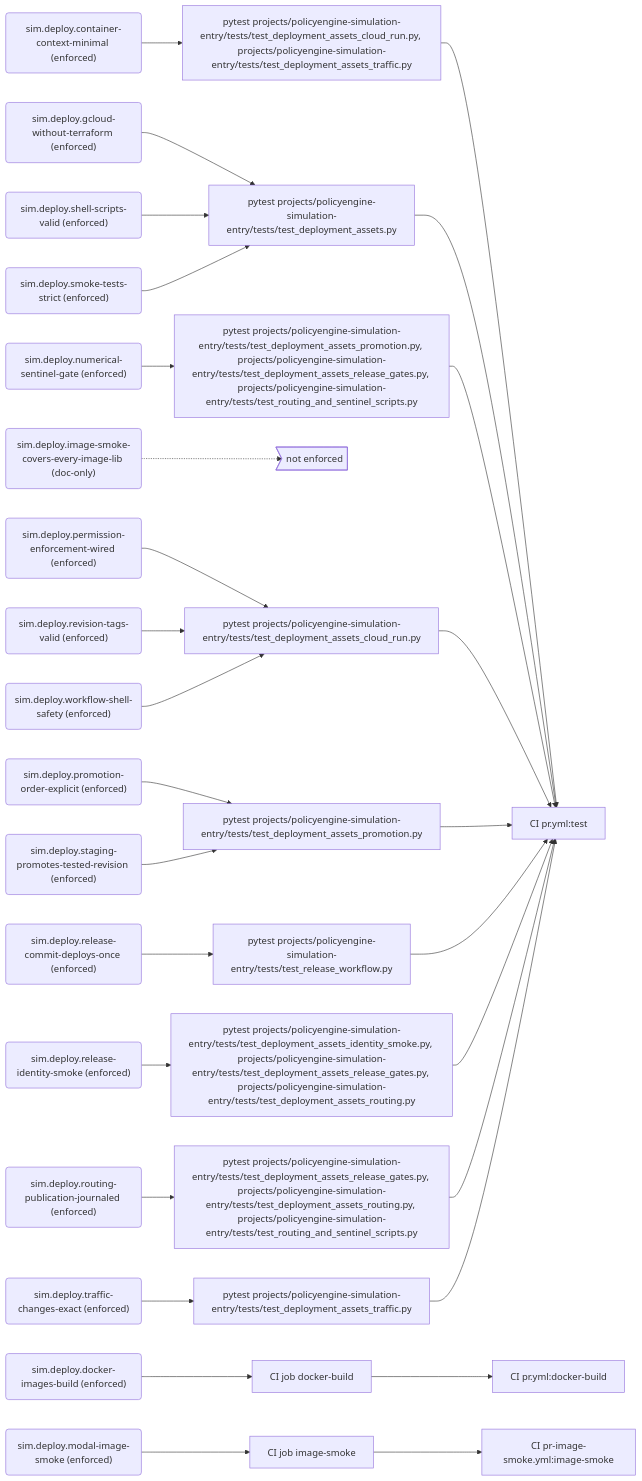
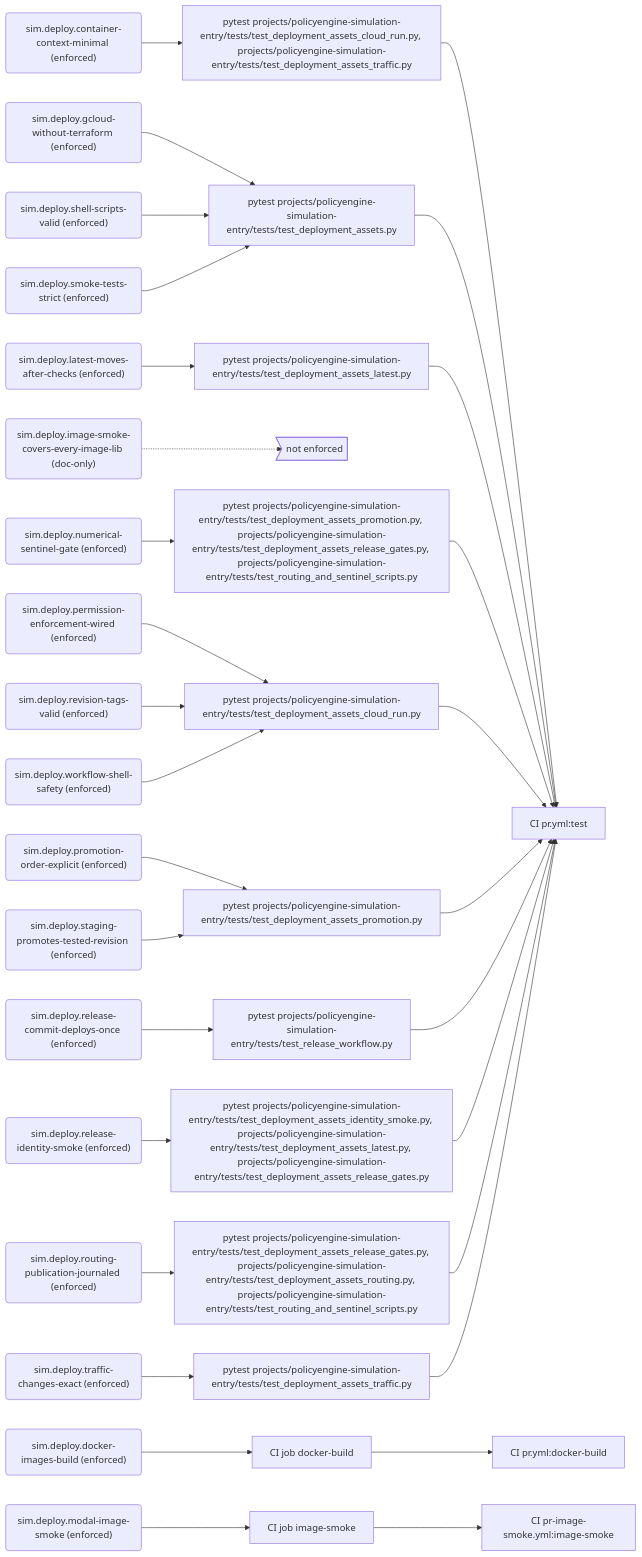
The third of 10 diagrams in docs/generated/rules.md (PolicyEngine/policyengine-sim-api), drawn with Mermaid before and after one commit. The commit also changed other lines of this file and 29 other files, not shown here.

First line of the commit message:
Publish a release's routes before its checks and move latest after them

````diff
--- a/docs/generated/rules.md
+++ b/docs/generated/rules.md
@@ -162,63 +164,67 @@
 ```mermaid
 flowchart LR
   r_sim_deploy_container_context_minimal("sim.deploy.container-context-minimal (enforced)")
   e_pytest_projects_policyengine_simulation_entry_tests_test_deployment_assets_cloud_run_py__projects_policyengine_simulation_entry_tests_test_deployment_assets_traffic_py["pytest projects/policyengine-simulation-entry/tests/test_deployment_assets_cloud_run.py, projects/policyengine-simulation-entry/tests/test_deployment_assets_traffic.py"]
   j_CI_pr_yml_test["CI pr.yml:test"]
   r_sim_deploy_docker_images_build("sim.deploy.docker-images-build (enforced)")
   e_CI_job_docker_build["CI job docker-build"]
   j_CI_pr_yml_docker_build["CI pr.yml:docker-build"]
   r_sim_deploy_gcloud_without_terraform("sim.deploy.gcloud-without-terraform (enforced)")
   e_pytest_projects_policyengine_simulation_entry_tests_test_deployment_assets_py["pytest projects/policyengine-simulation-entry/tests/test_deployment_assets.py"]
   r_sim_deploy_image_smoke_covers_every_image_lib("sim.deploy.image-smoke-covers-every-image-lib (doc-only)")
   gap_unenforced>"not enforced"]
+  r_sim_deploy_latest_moves_after_checks("sim.deploy.latest-moves-after-checks (enforced)")
+  e_pytest_projects_policyengine_simulation_entry_tests_test_deployment_assets_latest_py["pytest projects/policyengine-simulation-entry/tests/test_deployment_assets_latest.py"]
   r_sim_deploy_modal_image_smoke("sim.deploy.modal-image-smoke (enforced)")
   e_CI_job_image_smoke["CI job image-smoke"]
   j_CI_pr_image_smoke_yml_image_smoke["CI pr-image-smoke.yml:image-smoke"]
   r_sim_deploy_numerical_sentinel_gate("sim.deploy.numerical-sentinel-gate (enforced)")
   e_pytest_projects_policyengine_simulation_entry_tests_test_deployment_assets_promotion_py__projects_policyengine_simulation_entry_tests_test_deployment_assets_release_gates_py__projects_policyengine_simulation_entry_tests_test_routing_and_sentinel_scripts_py["pytest projects/policyengine-simulation-entry/tests/test_deployment_assets_promotion.py, projects/policyengine-simulation-entry/tests/test_deployment_assets_release_gates.py, projects/policyengine-simulation-entry/tests/test_routing_and_sentinel_scripts.py"]
   r_sim_deploy_permission_enforcement_wired("sim.deploy.permission-enforcement-wired (enforced)")
   e_pytest_projects_policyengine_simulation_entry_tests_test_deployment_assets_cloud_run_py["pytest projects/policyengine-simulation-entry/tests/test_deployment_assets_cloud_run.py"]
   r_sim_deploy_promotion_order_explicit("sim.deploy.promotion-order-explicit (enforced)")
   e_pytest_projects_policyengine_simulation_entry_tests_test_deployment_assets_promotion_py["pytest projects/policyengine-simulation-entry/tests/test_deployment_assets_promotion.py"]
   r_sim_deploy_release_commit_deploys_once("sim.deploy.release-commit-deploys-once (enforced)")
   e_pytest_projects_policyengine_simulation_entry_tests_test_release_workflow_py["pytest projects/policyengine-simulation-entry/tests/test_release_workflow.py"]
   r_sim_deploy_release_identity_smoke("sim.deploy.release-identity-smoke (enforced)")
-  e_pytest_projects_policyengine_simulation_entry_tests_test_deployment_assets_identity_smoke_py__projects_policyengine_simulation_entry_tests_test_deployment_assets_release_gates_py__projects_policyengine_simulation_entry_tests_test_deployment_assets_routing_py["pytest projects/policyengine-simulation-entry/tests/test_deployment_assets_identity_smoke.py, projects/policyengine-simulation-entry/tests/test_deployment_assets_release_gates.py, projects/policyengine-simulation-entry/tests/test_deployment_assets_routing.py"]
+  e_pytest_projects_policyengine_simulation_entry_tests_test_deployment_assets_identity_smoke_py__projects_policyengine_simulation_entry_tests_test_deployment_assets_latest_py__projects_policyengine_simulation_entry_tests_test_deployment_assets_release_gates_py["pytest projects/policyengine-simulation-entry/tests/test_deployment_assets_identity_smoke.py, projects/policyengine-simulation-entry/tests/test_deployment_assets_latest.py, projects/policyengine-simulation-entry/tests/test_deployment_assets_release_gates.py"]
   r_sim_deploy_revision_tags_valid("sim.deploy.revision-tags-valid (enforced)")
   r_sim_deploy_routing_publication_journaled("sim.deploy.routing-publication-journaled (enforced)")
   e_pytest_projects_policyengine_simulation_entry_tests_test_deployment_assets_release_gates_py__projects_policyengine_simulation_entry_tests_test_deployment_assets_routing_py__projects_policyengine_simulation_entry_tests_test_routing_and_sentinel_scripts_py["pytest projects/policyengine-simulation-entry/tests/test_deployment_assets_release_gates.py, projects/policyengine-simulation-entry/tests/test_deployment_assets_routing.py, projects/policyengine-simulation-entry/tests/test_routing_and_sentinel_scripts.py"]
   r_sim_deploy_shell_scripts_valid("sim.deploy.shell-scripts-valid (enforced)")
   r_sim_deploy_smoke_tests_strict("sim.deploy.smoke-tests-strict (enforced)")
   r_sim_deploy_staging_promotes_tested_revision("sim.deploy.staging-promotes-tested-revision (enforced)")
   r_sim_deploy_traffic_changes_exact("sim.deploy.traffic-changes-exact (enforced)")
   e_pytest_projects_policyengine_simulation_entry_tests_test_deployment_assets_traffic_py["pytest projects/policyengine-simulation-entry/tests/test_deployment_assets_traffic.py"]
   r_sim_deploy_workflow_shell_safety("sim.deploy.workflow-shell-safety (enforced)")
   r_sim_deploy_container_context_minimal --> e_pytest_projects_policyengine_simulation_entry_tests_test_deployment_assets_cloud_run_py__projects_policyengine_simulation_entry_tests_test_deployment_assets_traffic_py
   e_pytest_projects_policyengine_simulation_entry_tests_test_deployment_assets_cloud_run_py__projects_policyengine_simulation_entry_tests_test_deployment_assets_traffic_py --> j_CI_pr_yml_test
   r_sim_deploy_docker_images_build --> e_CI_job_docker_build
   e_CI_job_docker_build --> j_CI_pr_yml_docker_build
   r_sim_deploy_gcloud_without_terraform --> e_pytest_projects_policyengine_simulation_entry_tests_test_deployment_assets_py
   e_pytest_projects_policyengine_simulation_entry_tests_test_deployment_assets_py --> j_CI_pr_yml_test
   r_sim_deploy_image_smoke_covers_every_image_lib -.-> gap_unenforced
+  r_sim_deploy_latest_moves_after_checks --> e_pytest_projects_policyengine_simulation_entry_tests_test_deployment_assets_latest_py
+  e_pytest_projects_policyengine_simulation_entry_tests_test_deployment_assets_latest_py --> j_CI_pr_yml_test
   r_sim_deploy_modal_image_smoke --> e_CI_job_image_smoke
   e_CI_job_image_smoke --> j_CI_pr_image_smoke_yml_image_smoke
   r_sim_deploy_numerical_sentinel_gate --> e_pytest_projects_policyengine_simulation_entry_tests_test_deployment_assets_promotion_py__projects_policyengine_simulation_entry_tests_test_deployment_assets_release_gates_py__projects_policyengine_simulation_entry_tests_test_routing_and_sentinel_scripts_py
   e_pytest_projects_policyengine_simulation_entry_tests_test_deployment_assets_promotion_py__projects_policyengine_simulation_entry_tests_test_deployment_assets_release_gates_py__projects_policyengine_simulation_entry_tests_test_routing_and_sentinel_scripts_py --> j_CI_pr_yml_test
   r_sim_deploy_permission_enforcement_wired --> e_pytest_projects_policyengine_simulation_entry_tests_test_deployment_assets_cloud_run_py
   e_pytest_projects_policyengine_simulation_entry_tests_test_deployment_assets_cloud_run_py --> j_CI_pr_yml_test
   r_sim_deploy_promotion_order_explicit --> e_pytest_projects_policyengine_simulation_entry_tests_test_deployment_assets_promotion_py
   e_pytest_projects_policyengine_simulation_entry_tests_test_deployment_assets_promotion_py --> j_CI_pr_yml_test
   r_sim_deploy_release_commit_deploys_once --> e_pytest_projects_policyengine_simulation_entry_tests_test_release_workflow_py
   e_pytest_projects_policyengine_simulation_entry_tests_test_release_workflow_py --> j_CI_pr_yml_test
-  r_sim_deploy_release_identity_smoke --> e_pytest_projects_policyengine_simulation_entry_tests_test_deployment_assets_identity_smoke_py__projects_policyengine_simulation_entry_tests_test_deployment_assets_release_gates_py__projects_policyengine_simulation_entry_tests_test_deployment_assets_routing_py
-  e_pytest_projects_policyengine_simulation_entry_tests_test_deployment_assets_identity_smoke_py__projects_policyengine_simulation_entry_tests_test_deployment_assets_release_gates_py__projects_policyengine_simulation_entry_tests_test_deployment_assets_routing_py --> j_CI_pr_yml_test
+  r_sim_deploy_release_identity_smoke --> e_pytest_projects_policyengine_simulation_entry_tests_test_deployment_assets_identity_smoke_py__projects_policyengine_simulation_entry_tests_test_deployment_assets_latest_py__projects_policyengine_simulation_entry_tests_test_deployment_assets_release_gates_py
+  e_pytest_projects_policyengine_simulation_entry_tests_test_deployment_assets_identity_smoke_py__projects_policyengine_simulation_entry_tests_test_deployment_assets_latest_py__projects_policyengine_simulation_entry_tests_test_deployment_assets_release_gates_py --> j_CI_pr_yml_test
   r_sim_deploy_revision_tags_valid --> e_pytest_projects_policyengine_simulation_entry_tests_test_deployment_assets_cloud_run_py
   r_sim_deploy_routing_publication_journaled --> e_pytest_projects_policyengine_simulation_entry_tests_test_deployment_assets_release_gates_py__projects_policyengine_simulation_entry_tests_test_deployment_assets_routing_py__projects_policyengine_simulation_entry_tests_test_routing_and_sentinel_scripts_py
   e_pytest_projects_policyengine_simulation_entry_tests_test_deployment_assets_release_gates_py__projects_policyengine_simulation_entry_tests_test_deployment_assets_routing_py__projects_policyengine_simulation_entry_tests_test_routing_and_sentinel_scripts_py --> j_CI_pr_yml_test
   r_sim_deploy_shell_scripts_valid --> e_pytest_projects_policyengine_simulation_entry_tests_test_deployment_assets_py
   r_sim_deploy_smoke_tests_strict --> e_pytest_projects_policyengine_simulation_entry_tests_test_deployment_assets_py
   r_sim_deploy_staging_promotes_tested_revision --> e_pytest_projects_policyengine_simulation_entry_tests_test_deployment_assets_promotion_py
   r_sim_deploy_traffic_changes_exact --> e_pytest_projects_policyengine_simulation_entry_tests_test_deployment_assets_traffic_py
   e_pytest_projects_policyengine_simulation_entry_tests_test_deployment_assets_traffic_py --> j_CI_pr_yml_test
   r_sim_deploy_workflow_shell_safety --> e_pytest_projects_policyengine_simulation_entry_tests_test_deployment_assets_cloud_run_py
 ```
````
